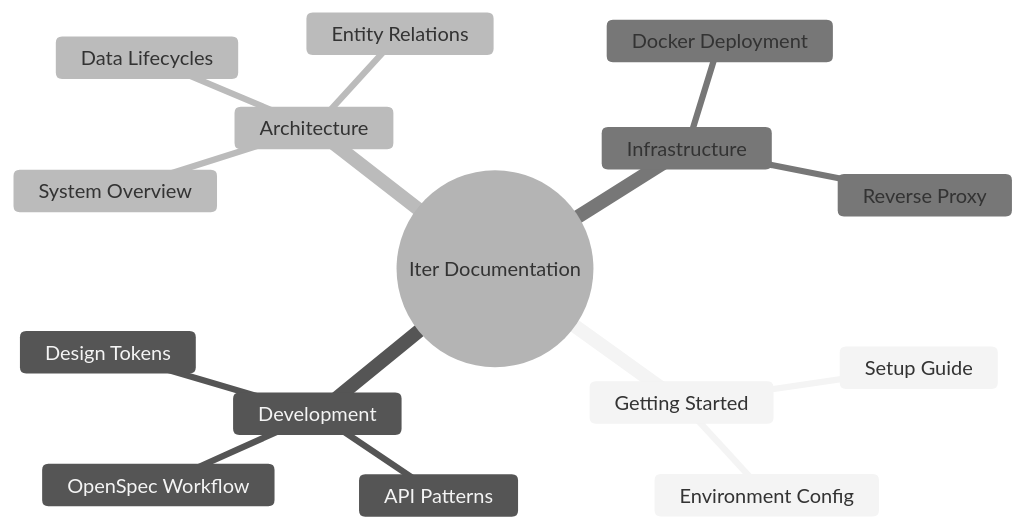
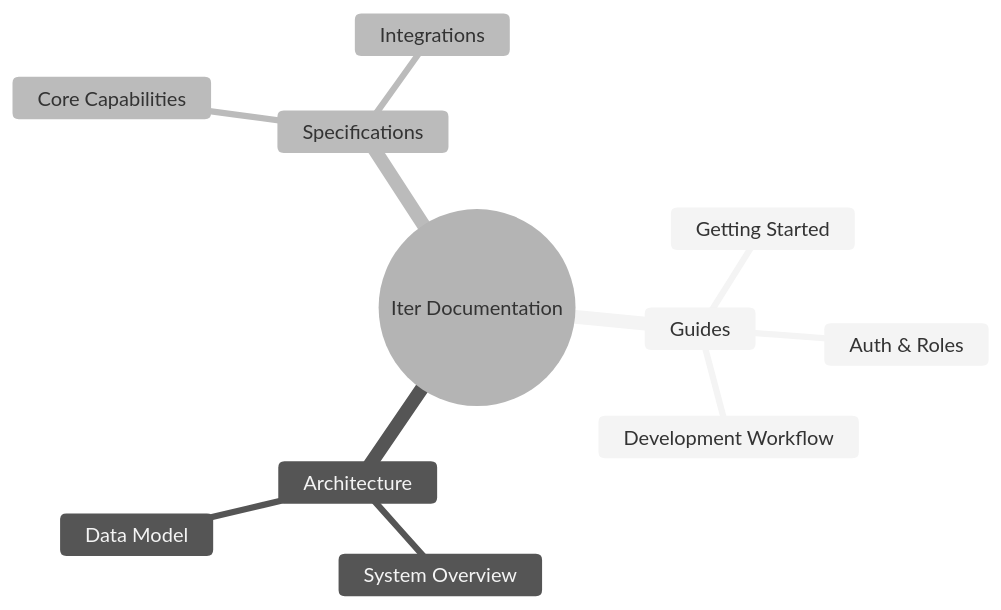
Before and after one commit to is-product-team/iter-ecosystem-enginy: the diagram in docs/index.md, drawn with Mermaid (neutral theme). The commit also changed other lines of this file and 16 other files, not shown here.

Commit message:
docs: restructure documentation to English-first, add developer guides, and formalize architecture references.

````diff
--- a/docs/index.md
+++ b/docs/index.md
@@ -7,18 +7,14 @@
 ```mermaid
 mindmap
   root((Iter Documentation))
-    Getting Started
-      Setup Guide
-      Environment Config
-    Development
-      OpenSpec Workflow
-      API Patterns
-      Design Tokens
+    Guides
+      Getting Started
+      Auth & Roles
+      Development Workflow
     Architecture
       System Overview
-      Data Lifecycles
-      Entity Relations
-    Infrastructure
-      Docker Deployment
-      Reverse Proxy
+      Data Model
+    Specifications
+      Core Capabilities
+      Integrations
 ```
````
